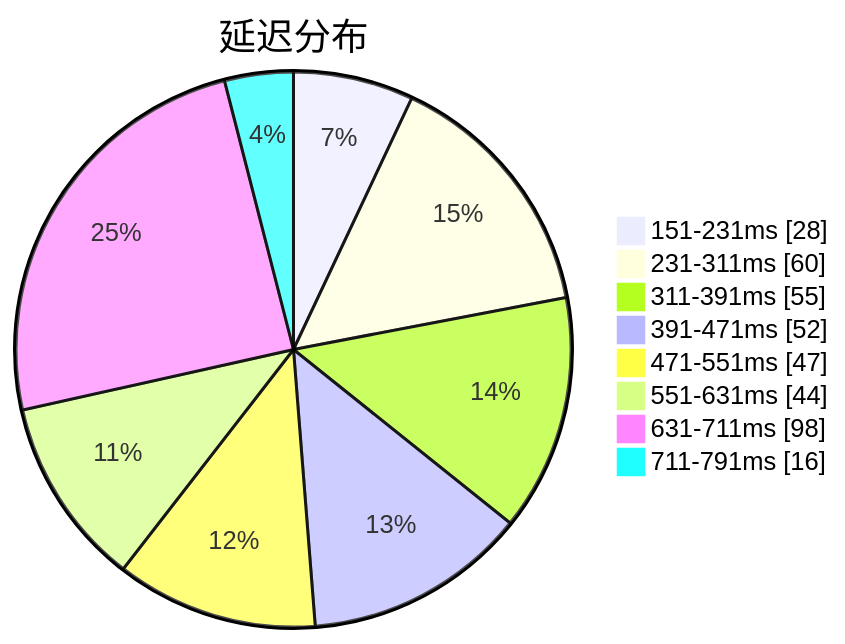
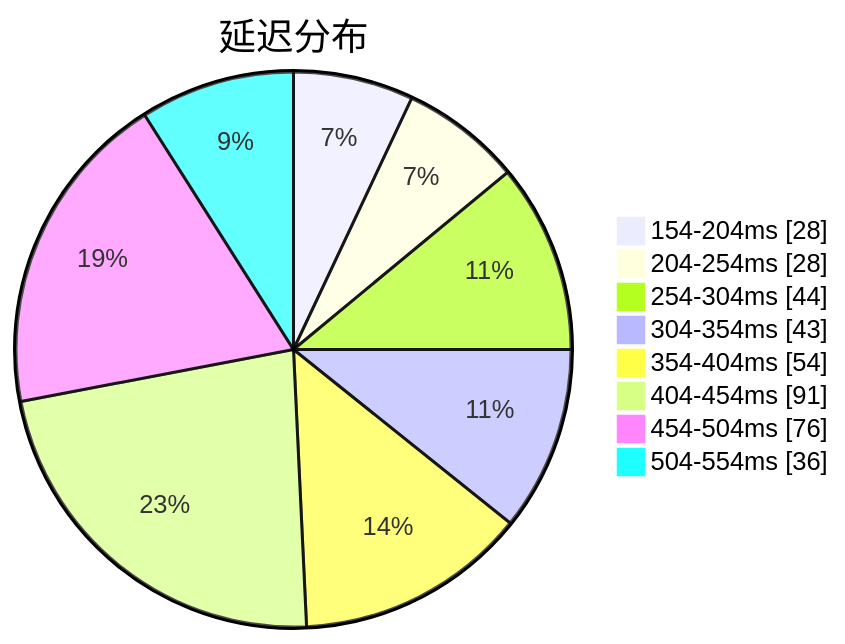
Before and after one commit to qjlxg/airport: the first of 3 diagrams in subs/statistics/tested_within.md, drawn with Mermaid. The commit also changed other lines of this file and 2 other files, not shown here.

Commit message:
Tested by metaST

````diff
--- a/subs/statistics/tested_within.md
+++ b/subs/statistics/tested_within.md
@@ -2,12 +2,12 @@
 ```mermaid
 pie showData
 title 延迟分布
-"151-231ms" : 28
-"231-311ms" : 60
-"311-391ms" : 55
-"391-471ms" : 52
-"471-551ms" : 47
-"551-631ms" : 44
-"631-711ms" : 98
-"711-791ms" : 16
+"154-204ms" : 28
+"204-254ms" : 28
+"254-304ms" : 44
+"304-354ms" : 43
+"354-404ms" : 54
+"404-454ms" : 91
+"454-504ms" : 76
+"504-554ms" : 36
 ```
````
